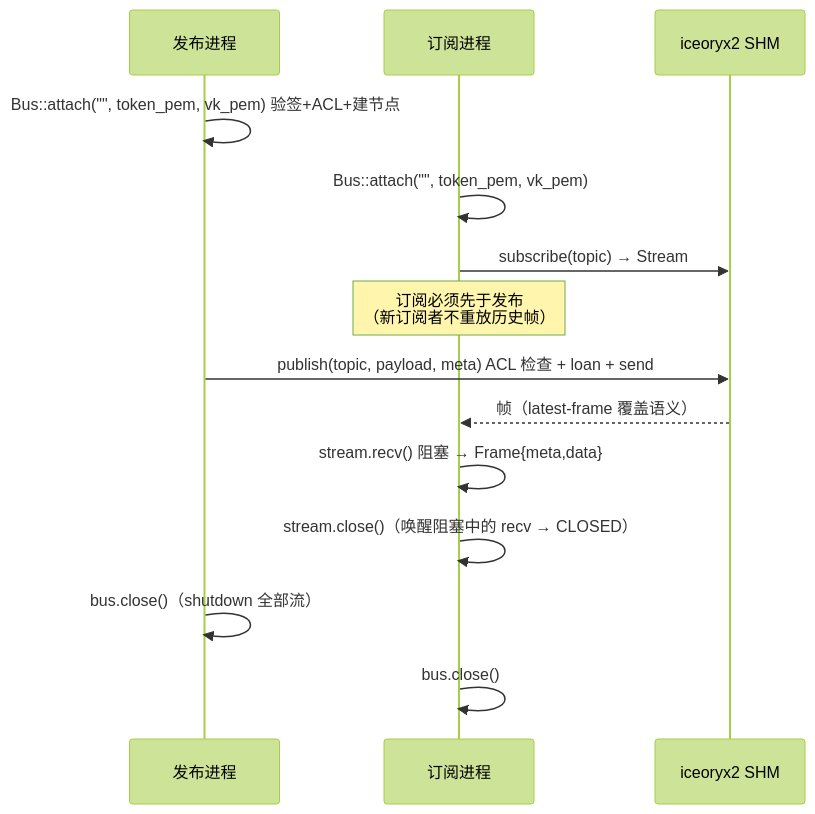
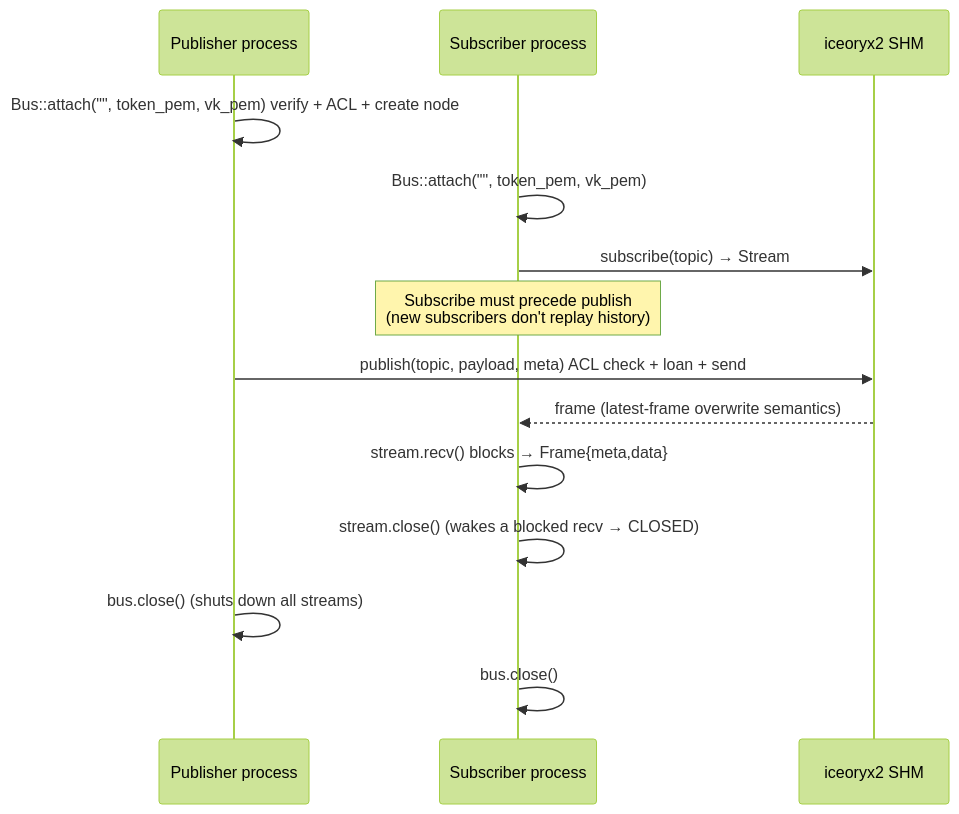
The third of 3 diagrams in docs/reference/sdk-cxx/link.md (chengxuewen/MediaServo), drawn with Mermaid (forest theme) before and after one commit. The commit also changed other lines of this file and 549 other files, not shown here.

````diff
--- a/docs/reference/sdk-cxx/link.md
+++ b/docs/reference/sdk-cxx/link.md
@@ -94,17 +98,17 @@
 ```mermaid
 sequenceDiagram
-    participant PUB as 发布进程
-    participant SUB as 订阅进程
+    participant PUB as Publisher process
+    participant SUB as Subscriber process
     participant X as iceoryx2 SHM
 
-    PUB->>PUB: Bus::attach("", token_pem, vk_pem)  验签+ACL+建节点
+    PUB->>PUB: Bus::attach("", token_pem, vk_pem)  verify + ACL + create node
     SUB->>SUB: Bus::attach("", token_pem, vk_pem)
     SUB->>X: subscribe(topic) → Stream
-    Note over SUB: 订阅必须先于发布<br/>（新订阅者不重放历史帧）
-    PUB->>X: publish(topic, payload, meta)  ACL 检查 + loan + send
-    X-->>SUB: 帧（latest-frame 覆盖语义）
-    SUB->>SUB: stream.recv()  阻塞 → Frame{meta,data}
-    SUB->>SUB: stream.close()（唤醒阻塞中的 recv → CLOSED）
-    PUB->>PUB: bus.close()（shutdown 全部流）
+    Note over SUB: Subscribe must precede publish<br/>(new subscribers don't replay history)
+    PUB->>X: publish(topic, payload, meta)  ACL check + loan + send
+    X-->>SUB: frame (latest-frame overwrite semantics)
+    SUB->>SUB: stream.recv()  blocks → Frame{meta,data}
+    SUB->>SUB: stream.close() (wakes a blocked recv → CLOSED)
+    PUB->>PUB: bus.close() (shuts down all streams)
     SUB->>SUB: bus.close()
 ```
````
